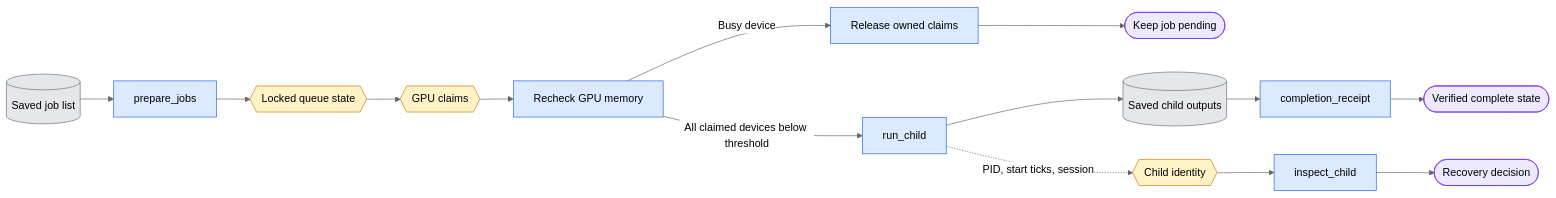
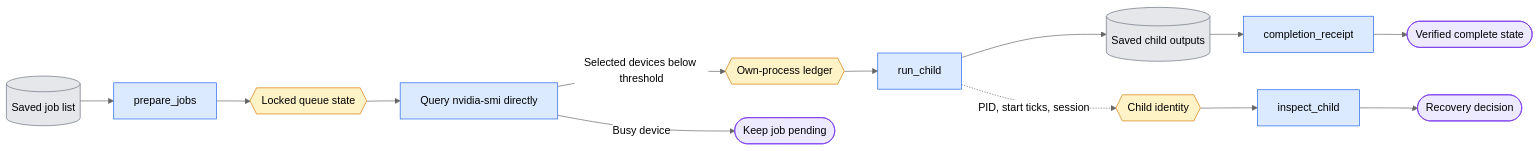
One commit to AtlantixJJ/LTX-2 changed the first of 2 diagrams in scripts/onestep_avatar/doc/queue.md. Above: the diagram before and after it, drawn with Mermaid (neutral theme). The commit also changed other lines of this file and 82 other files, not shown here.

````diff
--- a/scripts/onestep_avatar/doc/queue.md
+++ b/scripts/onestep_avatar/doc/queue.md
@@ -77,24 +109,23 @@
 ```mermaid
 flowchart LR
   jobs[(Saved job list)] --> parse[prepare_jobs]
   parse --> state{{Locked queue state}}
-  state --> claim{{GPU claims}}
-  claim --> memory[Recheck GPU memory]
-  memory -->|All claimed devices below threshold| child[run_child]
-  memory -->|Busy device| release[Release owned claims]
-  release --> pending([Keep job pending])
+  state --> memory[Query nvidia-smi directly]
+  memory -->|Selected devices below threshold| ledger{{Own-process ledger}}
+  memory -->|Busy device| pending([Keep job pending])
+  ledger --> child[run_child]
   child --> files[(Saved child outputs)]
   files --> verify[completion_receipt]
   verify --> complete([Verified complete state])
   child -. PID, start ticks, session .-> handle{{Child identity}}
   handle --> inspect[inspect_child]
   inspect --> recovery([Recovery decision])
   classDef code fill:#dbeafe,stroke:#2563eb
   classDef data fill:#e5e7eb,stroke:#6b7280
   classDef mutable fill:#fef3c7,stroke:#d97706
   classDef output fill:#ede9fe,stroke:#7c3aed
-  class parse,child,verify,inspect,memory,release code
+  class parse,child,verify,inspect,memory code
   class jobs,files data
-  class state,claim,handle mutable
+  class state,ledger,handle mutable
   class complete,recovery,pending output
 ```
````
